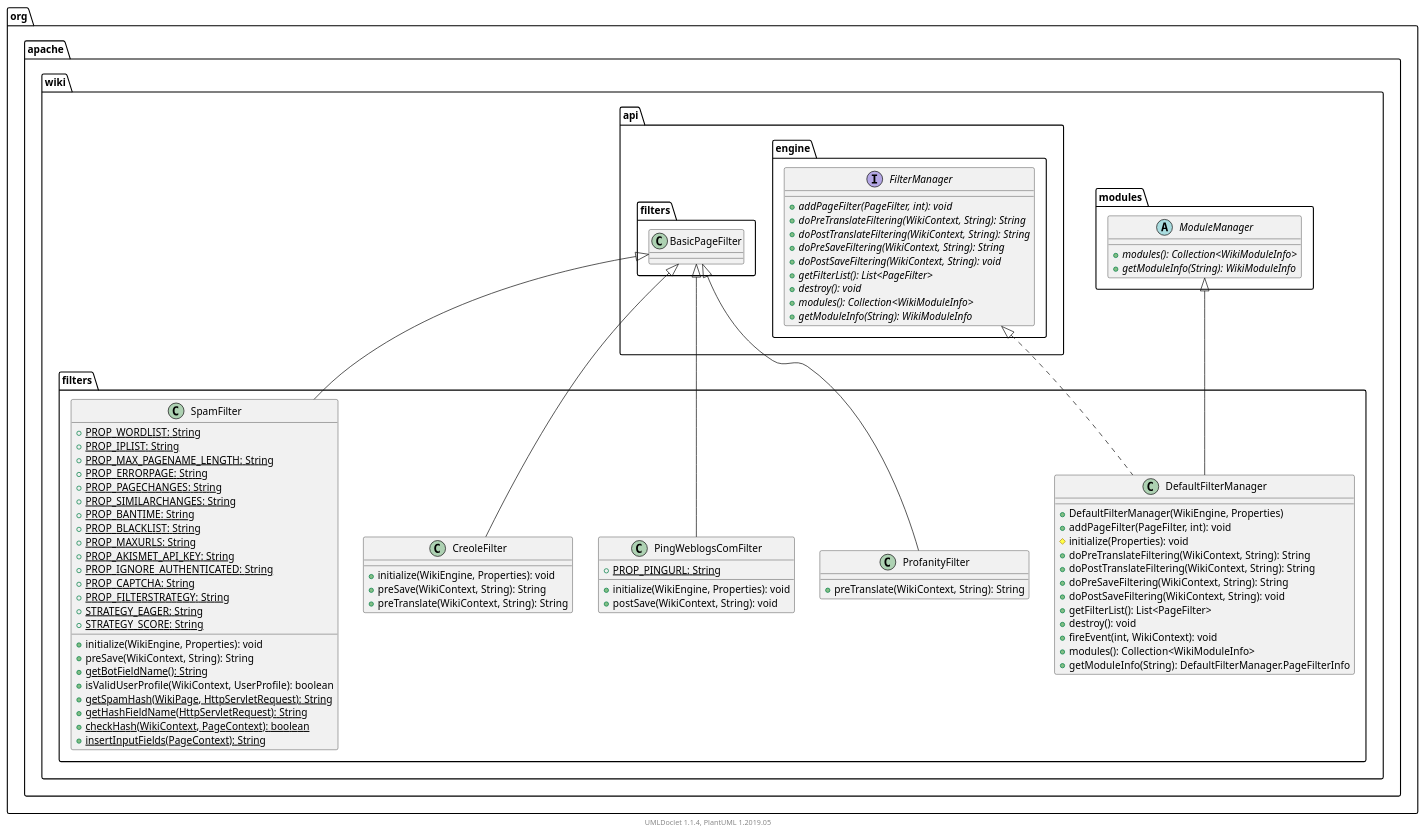
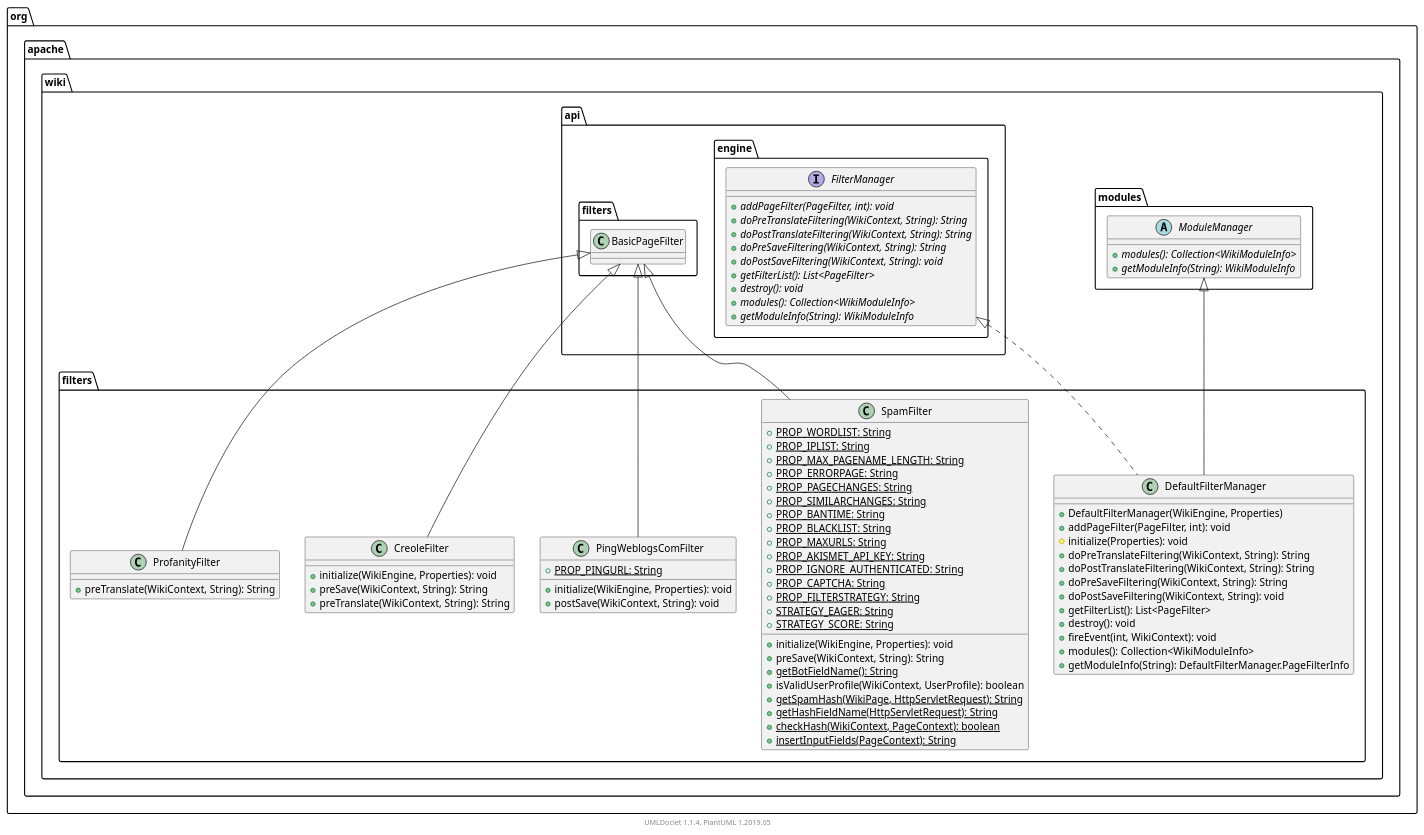
Before and after one commit to apache/jspwiki-site: the diagram in apidocs/2.11.0.M7-SNAPSHOT/org/apache/wiki/filters/package.puml, drawn with PlantUML. The commit also changed other lines of this file and 1591 other files, not shown here.

```diff
--- a/apidocs/2.11.0.M7-SNAPSHOT/org/apache/wiki/filters/package.puml
+++ b/apidocs/2.11.0.M7-SNAPSHOT/org/apache/wiki/filters/package.puml
@@ -1,94 +1,94 @@
 @startuml
 
     namespace org.apache.wiki.filters {
 
         class DefaultFilterManager [[DefaultFilterManager.html]] {
             +DefaultFilterManager(WikiEngine, Properties)
             +addPageFilter(PageFilter, int): void
             #initialize(Properties): void
             +doPreTranslateFiltering(WikiContext, String): String
             +doPostTranslateFiltering(WikiContext, String): String
             +doPreSaveFiltering(WikiContext, String): String
             +doPostSaveFiltering(WikiContext, String): void
             +getFilterList(): List<PageFilter>
             +destroy(): void
             +fireEvent(int, WikiContext): void
             +modules(): Collection<WikiModuleInfo>
             +getModuleInfo(String): DefaultFilterManager.PageFilterInfo
-        }
-
-        class ProfanityFilter [[ProfanityFilter.html]] {
-            +preTranslate(WikiContext, String): String
-        }
-
-        class PingWeblogsComFilter [[PingWeblogsComFilter.html]] {
-            {static} +PROP_PINGURL: String
-            +initialize(WikiEngine, Properties): void
-            +postSave(WikiContext, String): void
-        }
-
-        class CreoleFilter [[CreoleFilter.html]] {
-            +initialize(WikiEngine, Properties): void
-            +preSave(WikiContext, String): String
-            +preTranslate(WikiContext, String): String
         }
 
         class SpamFilter [[SpamFilter.html]] {
             {static} +PROP_WORDLIST: String
             {static} +PROP_IPLIST: String
             {static} +PROP_MAX_PAGENAME_LENGTH: String
             {static} +PROP_ERRORPAGE: String
             {static} +PROP_PAGECHANGES: String
             {static} +PROP_SIMILARCHANGES: String
             {static} +PROP_BANTIME: String
             {static} +PROP_BLACKLIST: String
             {static} +PROP_MAXURLS: String
             {static} +PROP_AKISMET_API_KEY: String
             {static} +PROP_IGNORE_AUTHENTICATED: String
             {static} +PROP_CAPTCHA: String
             {static} +PROP_FILTERSTRATEGY: String
             {static} +STRATEGY_EAGER: String
             {static} +STRATEGY_SCORE: String
             +initialize(WikiEngine, Properties): void
             +preSave(WikiContext, String): String
             {static} +getBotFieldName(): String
             +isValidUserProfile(WikiContext, UserProfile): boolean
             {static} +getSpamHash(WikiPage, HttpServletRequest): String
             {static} +getHashFieldName(HttpServletRequest): String
             {static} +checkHash(WikiContext, PageContext): boolean
             {static} +insertInputFields(PageContext): String
         }
 
+        class PingWeblogsComFilter [[PingWeblogsComFilter.html]] {
+            {static} +PROP_PINGURL: String
+            +initialize(WikiEngine, Properties): void
+            +postSave(WikiContext, String): void
+        }
+
+        class CreoleFilter [[CreoleFilter.html]] {
+            +initialize(WikiEngine, Properties): void
+            +preSave(WikiContext, String): String
+            +preTranslate(WikiContext, String): String
+        }
+
+        class ProfanityFilter [[ProfanityFilter.html]] {
+            +preTranslate(WikiContext, String): String
+        }
+
         abstract class org.apache.wiki.modules.ModuleManager {
             {abstract} +modules(): Collection<WikiModuleInfo>
             {abstract} +getModuleInfo(String): WikiModuleInfo
         }
         org.apache.wiki.modules.ModuleManager <|-- DefaultFilterManager
 
         interface org.apache.wiki.api.engine.FilterManager {
             {abstract} +addPageFilter(PageFilter, int): void
             {abstract} +doPreTranslateFiltering(WikiContext, String): String
             {abstract} +doPostTranslateFiltering(WikiContext, String): String
             {abstract} +doPreSaveFiltering(WikiContext, String): String
             {abstract} +doPostSaveFiltering(WikiContext, String): void
             {abstract} +getFilterList(): List<PageFilter>
             {abstract} +destroy(): void
             {abstract} +modules(): Collection<WikiModuleInfo>
             {abstract} +getModuleInfo(String): WikiModuleInfo
         }
         org.apache.wiki.api.engine.FilterManager <|.. DefaultFilterManager
 
         class org.apache.wiki.api.filters.BasicPageFilter
-        org.apache.wiki.api.filters.BasicPageFilter <|-- ProfanityFilter
+        org.apache.wiki.api.filters.BasicPageFilter <|-- SpamFilter
 
         org.apache.wiki.api.filters.BasicPageFilter <|-- PingWeblogsComFilter
 
         org.apache.wiki.api.filters.BasicPageFilter <|-- CreoleFilter
 
-        org.apache.wiki.api.filters.BasicPageFilter <|-- SpamFilter
+        org.apache.wiki.api.filters.BasicPageFilter <|-- ProfanityFilter
 
     }
 
 
     center footer UMLDoclet 1.1.4, PlantUML 1.2019.05
 @enduml
```
